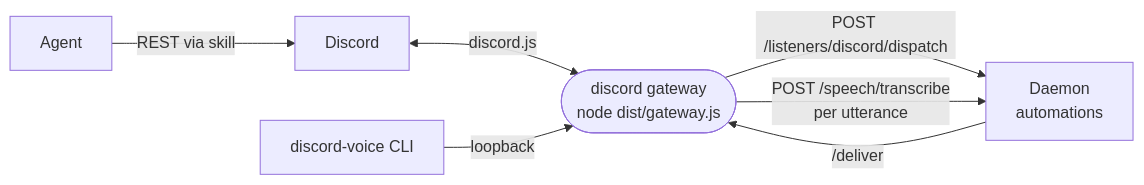
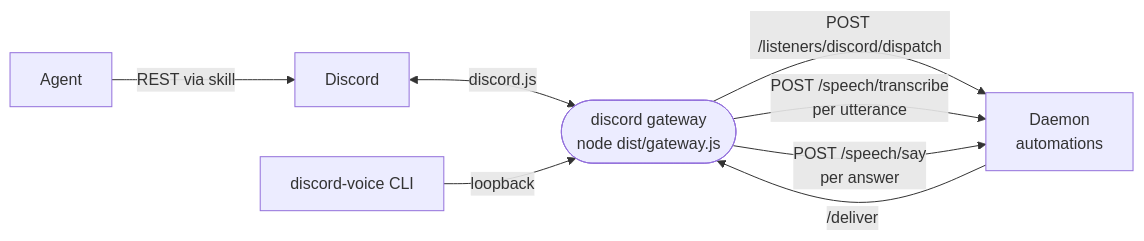
One commit to intentic/intentic changed the diagram in _extensions/discord/README.md. Above: the diagram before and after it, drawn with Mermaid. The commit also changed other lines of this file and 73 other files, not shown here.

First line of the commit message:
feat(speech): add useVoiceTalk, ChatReadAloud, and discord-voice say over POST /speech/say

````diff
--- a/_extensions/discord/README.md
+++ b/_extensions/discord/README.md
@@ -5,9 +5,10 @@
 ```mermaid
 flowchart LR
     discord["Discord"] <-->|"discord.js"| gw(["discord gateway<br/>node dist/gateway.js"])
     gw -->|"POST /listeners/discord/dispatch"| daemon["Daemon<br/>automations"]
     daemon -->|"/deliver"| gw
     cli["discord-voice CLI"] -->|"loopback"| gw
     gw -->|"POST /speech/transcribe<br/>per utterance"| daemon
+    gw -->|"POST /speech/say<br/>per answer"| daemon
     agent["Agent"] -->|"REST via skill"| discord
 ```
````
